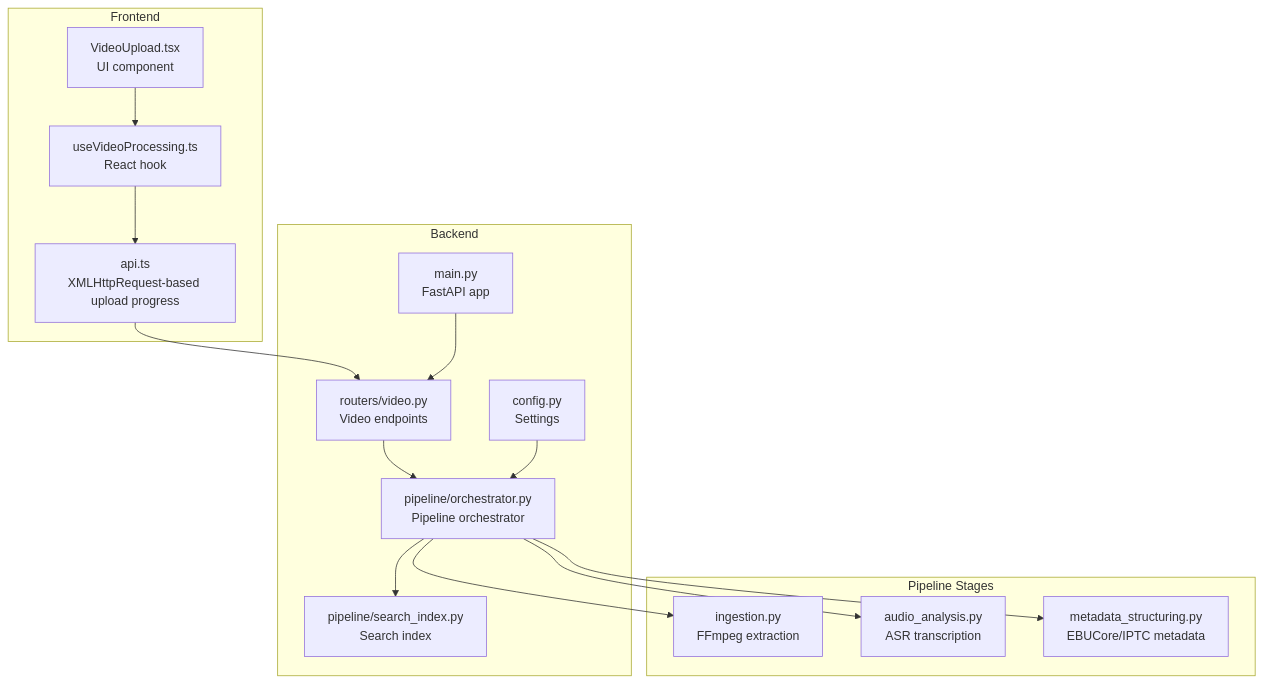
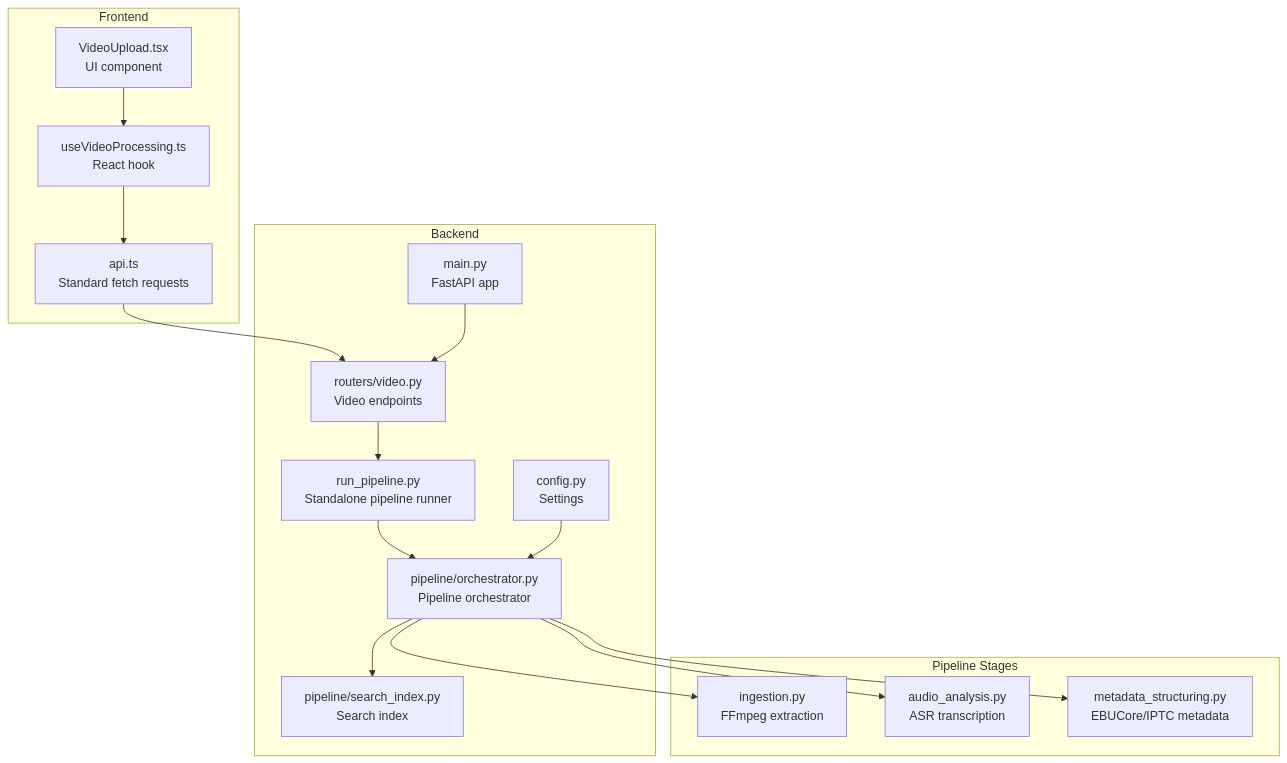
The first of 3 diagrams in .qoder/repowiki/en/content/Backend API Reference/Video Processing Endpoints.md (alexandreybasta-cyber/dubai-media-ai), drawn with Mermaid before and after one commit. The commit also changed other lines of this file and 28 other files, not shown here.

````diff
--- a/.qoder/repowiki/en/content/Backend API Reference/Video Processing Endpoints.md
+++ b/.qoder/repowiki/en/content/Backend API Reference/Video Processing Endpoints.md
@@ -57,30 +58,32 @@
 ```mermaid
 graph TB
 subgraph "Frontend"
-FE_API["api.ts<br/>XMLHttpRequest-based upload progress"]
+FE_API["api.ts<br/>Standard fetch requests"]
 FE_HOOK["useVideoProcessing.ts<br/>React hook"]
 FE_UPLOAD["VideoUpload.tsx<br/>UI component"]
 end
 subgraph "Backend"
 MAIN["main.py<br/>FastAPI app"]
 ROUTER["routers/video.py<br/>Video endpoints"]
+RUNNER["run_pipeline.py<br/>Standalone pipeline runner"]
 ORCH["pipeline/orchestrator.py<br/>Pipeline orchestrator"]
 CFG["config.py<br/>Settings"]
 SI["pipeline/search_index.py<br/>Search index"]
 end
 subgraph "Pipeline Stages"
 ING["ingestion.py<br/>FFmpeg extraction"]
 AUD["audio_analysis.py<br/>ASR transcription"]
 META["metadata_structuring.py<br/>EBUCore/IPTC metadata"]
 end
 FE_API --> ROUTER
 FE_HOOK --> FE_API
 FE_UPLOAD --> FE_HOOK
 MAIN --> ROUTER
-ROUTER --> ORCH
+ROUTER --> RUNNER
+RUNNER --> ORCH
 ORCH --> ING
 ORCH --> AUD
 ORCH --> META
 ORCH --> SI
 CFG --> ORCH
 ```
````
